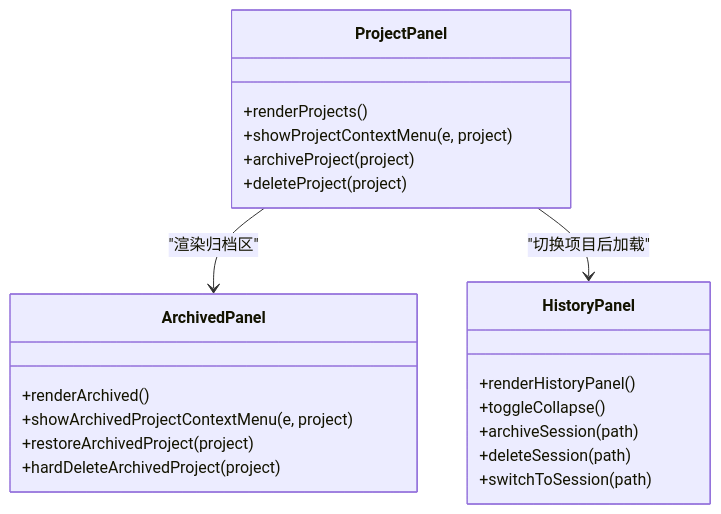
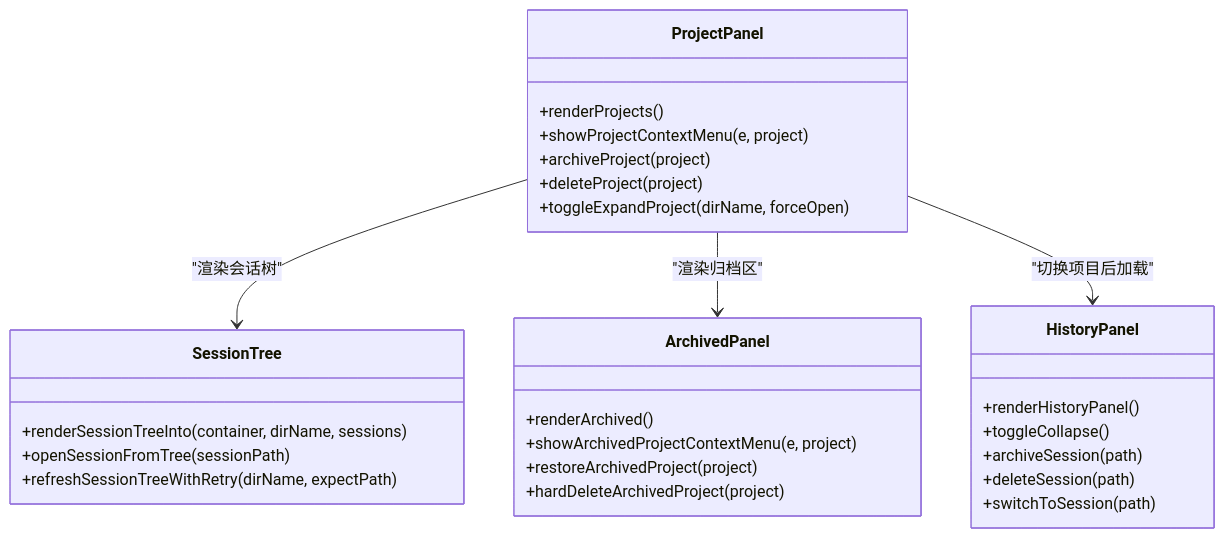
The seventh of 9 diagrams in .qoder/repowiki/zh/content/用户界面/界面组件/项目侧栏.md (swond-Mao/Tiffa), drawn with Mermaid before and after one commit. The commit also changed other lines of this file and 25 other files, not shown here.

````diff
--- a/.qoder/repowiki/zh/content/用户界面/界面组件/项目侧栏.md
+++ b/.qoder/repowiki/zh/content/用户界面/界面组件/项目侧栏.md
@@ -229,24 +271,31 @@
 ```mermaid
 classDiagram
 class ProjectPanel {
 +renderProjects()
 +showProjectContextMenu(e, project)
 +archiveProject(project)
 +deleteProject(project)
++toggleExpandProject(dirName, forceOpen)
+}
+class SessionTree {
++renderSessionTreeInto(container, dirName, sessions)
++openSessionFromTree(sessionPath)
++refreshSessionTreeWithRetry(dirName, expectPath)
 }
 class ArchivedPanel {
 +renderArchived()
 +showArchivedProjectContextMenu(e, project)
 +restoreArchivedProject(project)
 +hardDeleteArchivedProject(project)
 }
 class HistoryPanel {
 +renderHistoryPanel()
 +toggleCollapse()
 +archiveSession(path)
 +deleteSession(path)
 +switchToSession(path)
 }
+ProjectPanel --> SessionTree : "渲染会话树"
 ProjectPanel --> ArchivedPanel : "渲染归档区"
 ProjectPanel --> HistoryPanel : "切换项目后加载"
 ```
````
